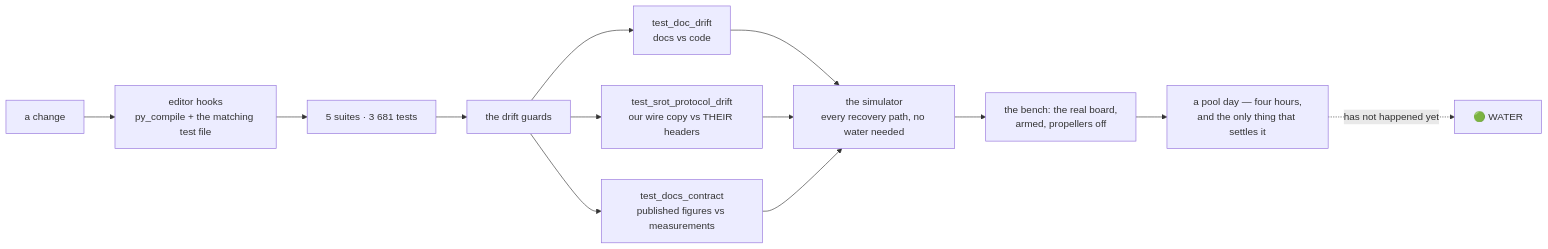
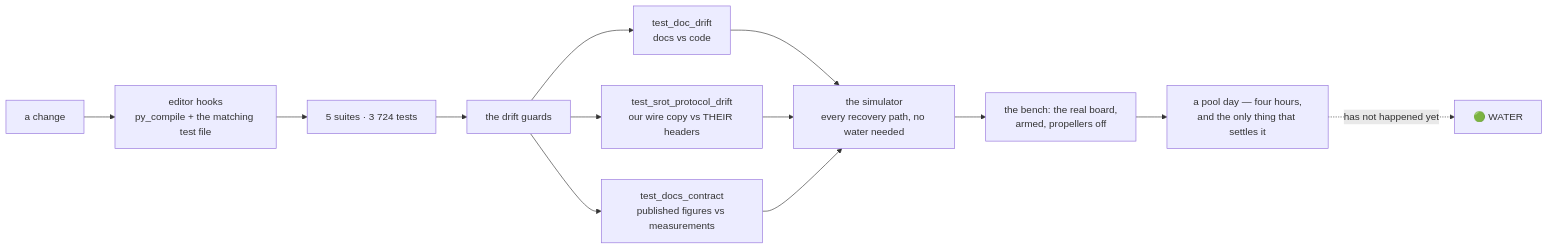
Before and after one commit to fh1m/duburi_ws: the ninth of 10 diagrams in README.md, drawn with Mermaid. The commit also changed other lines of this file and 7 other files, not shown here.

````diff
--- a/README.md
+++ b/README.md
@@ -752,15 +752,15 @@
 ```mermaid
 flowchart LR
     DEV["a change"] --> HOOK["editor hooks<br/>py_compile + the matching test file"]
-    HOOK --> UNIT["5 suites · 3 681 tests"]
+    HOOK --> UNIT["5 suites · 3 724 tests"]
     UNIT --> GUARD["the drift guards"]
     GUARD --> G1["test_doc_drift<br/>docs vs code"]
     GUARD --> G2["test_srot_protocol_drift<br/>our wire copy vs THEIR headers"]
     GUARD --> G3["test_docs_contract<br/>published figures vs measurements"]
     G1 --> SIM["the simulator<br/>every recovery path, no water needed"]
     G2 --> SIM
     G3 --> SIM
     SIM --> BENCH["the bench: the real board,<br/>armed, propellers off"]
     BENCH --> POOL["a pool day — four hours,<br/>and the only thing that settles it"]
     POOL -.->|"has not happened yet"| WATER["🟢 WATER"]
 ```
````
